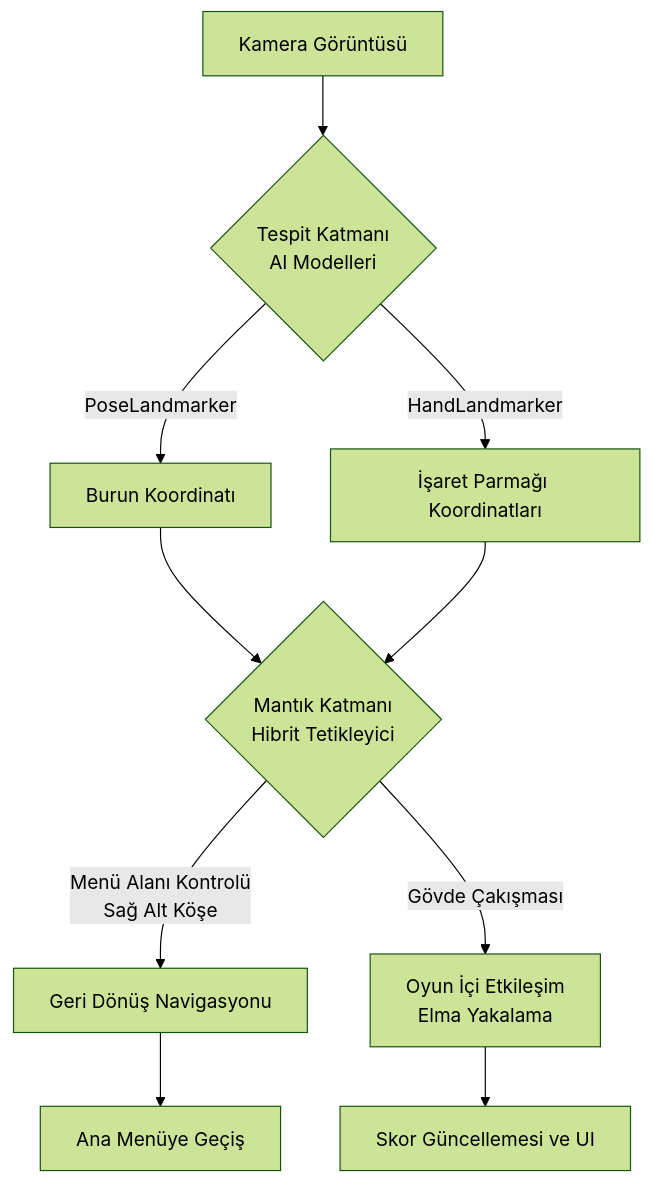
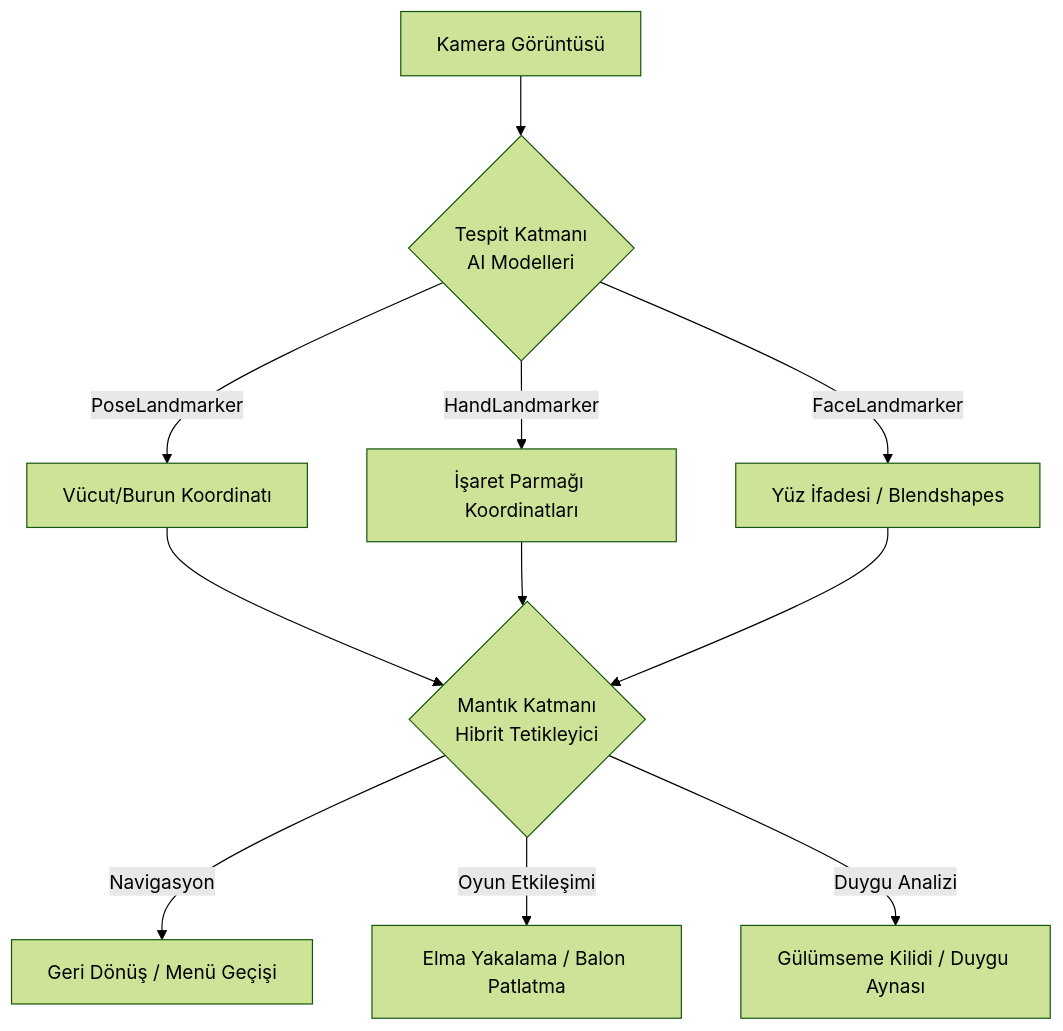
The diagram in docs/MIDTERM_REPORT.md (A-s-i-y-e/MinikEller_Atolyesi), drawn with Mermaid (forest theme) before and after one commit. The commit also changed other lines of this file, not shown here.

Commit message:
Update system architecture with Face Detection and Emotion Mirror game

````diff
--- a/docs/MIDTERM_REPORT.md
+++ b/docs/MIDTERM_REPORT.md
@@ -62,15 +62,15 @@
 ```mermaid
 graph TD
     A[Kamera Görüntüsü] --> B{Tespit Katmanı <br/> AI Modelleri}
-    B -->|PoseLandmarker| C[Burun Koordinatı]
+    B -->|PoseLandmarker| C[Vücut/Burun Koordinatı]
     B -->|HandLandmarker| D[İşaret Parmağı Koordinatları]
+    B -->|FaceLandmarker| E[Yüz İfadesi / Blendshapes]
     
-    C --> E{Mantık Katmanı <br/> Hibrit Tetikleyici}
-    D --> E
+    C --> F{Mantık Katmanı <br/> Hibrit Tetikleyici}
+    D --> F
+    E --> F
     
-    E -->|Menü Alanı Kontrolü <br/> Sağ Alt Köşe| F[Geri Dönüş Navigasyonu]
-    E -->|Gövde Çakışması| G[Oyun İçi Etkileşim <br/> Elma Yakalama]
-    
-    F --> H[Ana Menüye Geçiş]
-    G --> I[Skor Güncellemesi ve UI]
+    F -->|Navigasyon| G[Geri Dönüş / Menü Geçişi]
+    F -->|Oyun Etkileşimi| H[Elma Yakalama / Balon Patlatma]
+    F -->|Duygu Analizi| I[Gülümseme Kilidi / Duygu Aynası]
 ```
````
